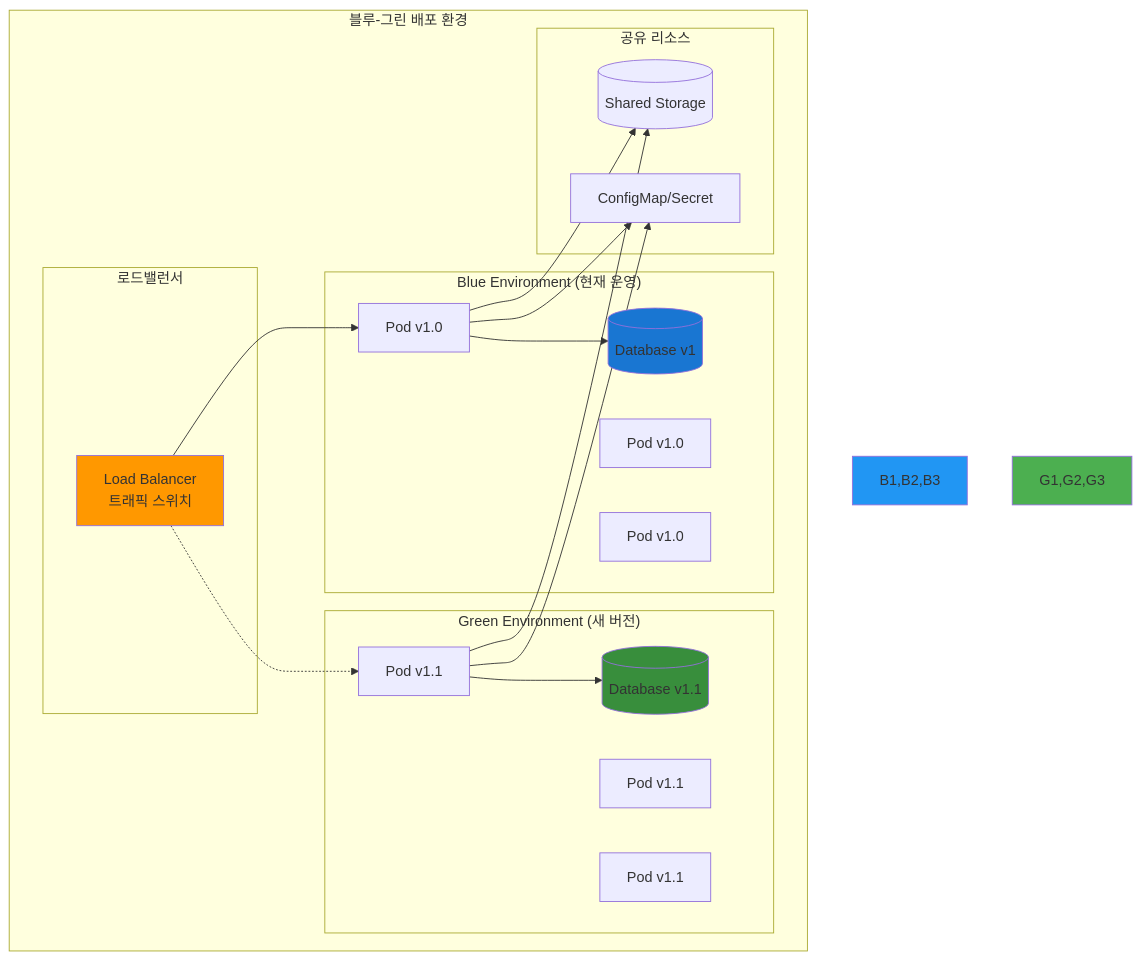
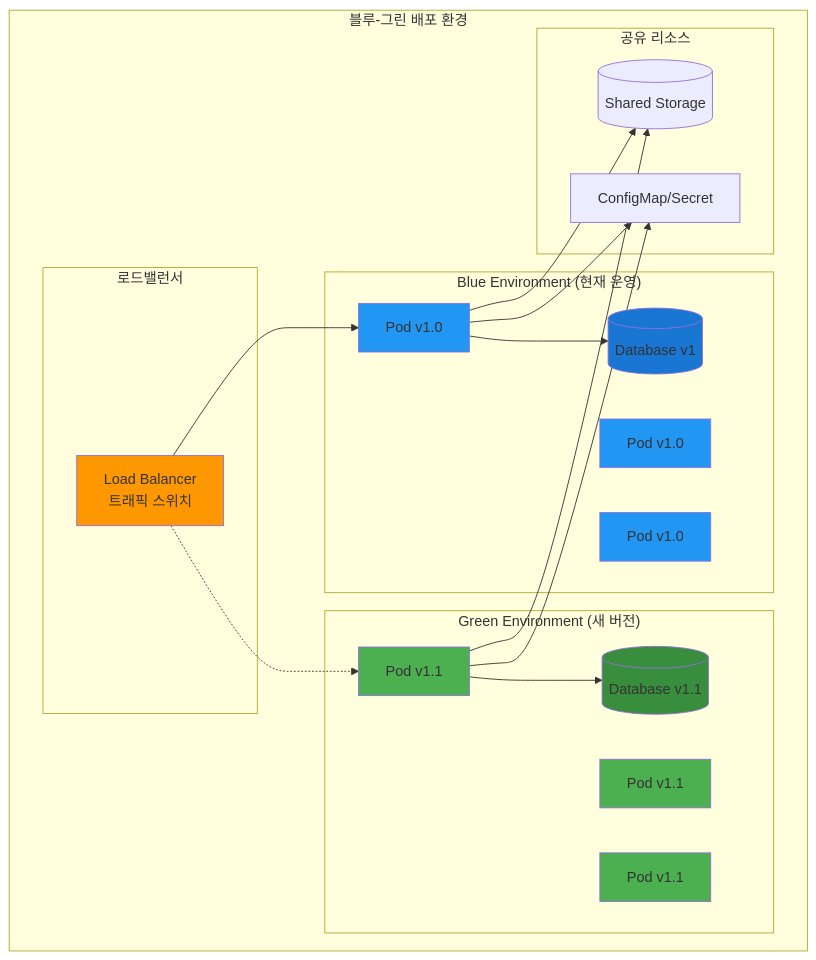
The sixth of 10 diagrams in theory/week_04/day4/session_2.md (niceguy61/kdt_devops_lecture_2025), drawn with Mermaid before and after one commit. The commit also changed other lines of this file and 2 other files, not shown here.

Commit message:
mermaid style change

````diff
--- a/theory/week_04/day4/session_2.md
+++ b/theory/week_04/day4/session_2.md
@@ -258,42 +263,46 @@
 ```mermaid
 graph TB
     subgraph "블루-그린 배포 환경"
         subgraph "로드밸런서"
             LB[Load Balancer<br/>트래픽 스위치]
         end
         
         subgraph "Blue Environment (현재 운영)"
             B1[Pod v1.0]
             B2[Pod v1.0]
             B3[Pod v1.0]
             BDB[(Database v1)]
         end
         
         subgraph "Green Environment (새 버전)"
             G1[Pod v1.1]
             G2[Pod v1.1]
             G3[Pod v1.1]
             GDB[(Database v1.1)]
         end
         
         subgraph "공유 리소스"
             SHARED[(Shared Storage)]
             CONFIG[ConfigMap/Secret]
         end
     end
     
     LB --> B1
     LB -.-> G1
     B1 --> BDB
     G1 --> GDB
     B1 --> SHARED
     G1 --> SHARED
     B1 --> CONFIG
     G1 --> CONFIG
     
     style LB fill:#ff9800
-    style B1,B2,B3 fill:#2196f3
-    style G1,G2,G3 fill:#4caf50
+    style B1 fill:#2196f3
+    style B2 fill:#2196f3
+    style B3 fill:#2196f3
+    style G1 fill:#4caf50
+    style G2 fill:#4caf50
+    style G3 fill:#4caf50
     style BDB fill:#1976d2
     style GDB fill:#388e3c
 ```
````
